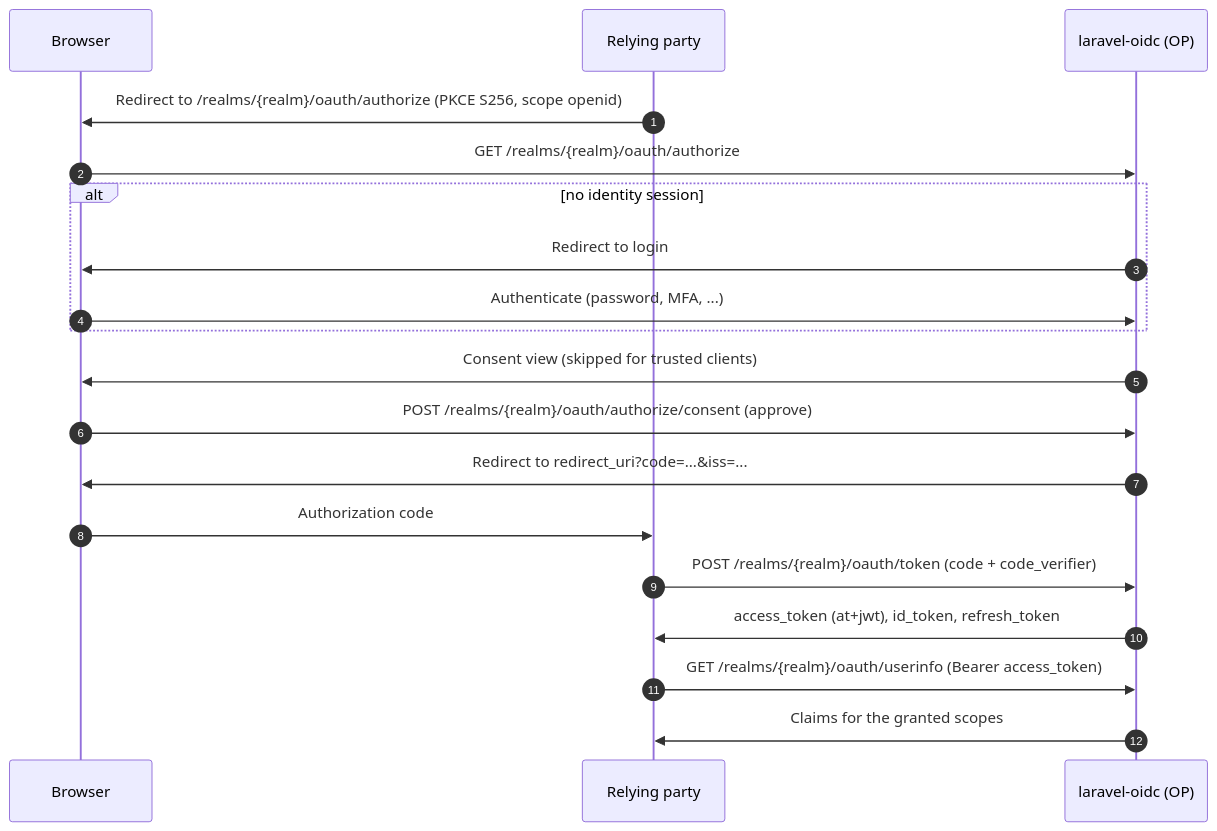
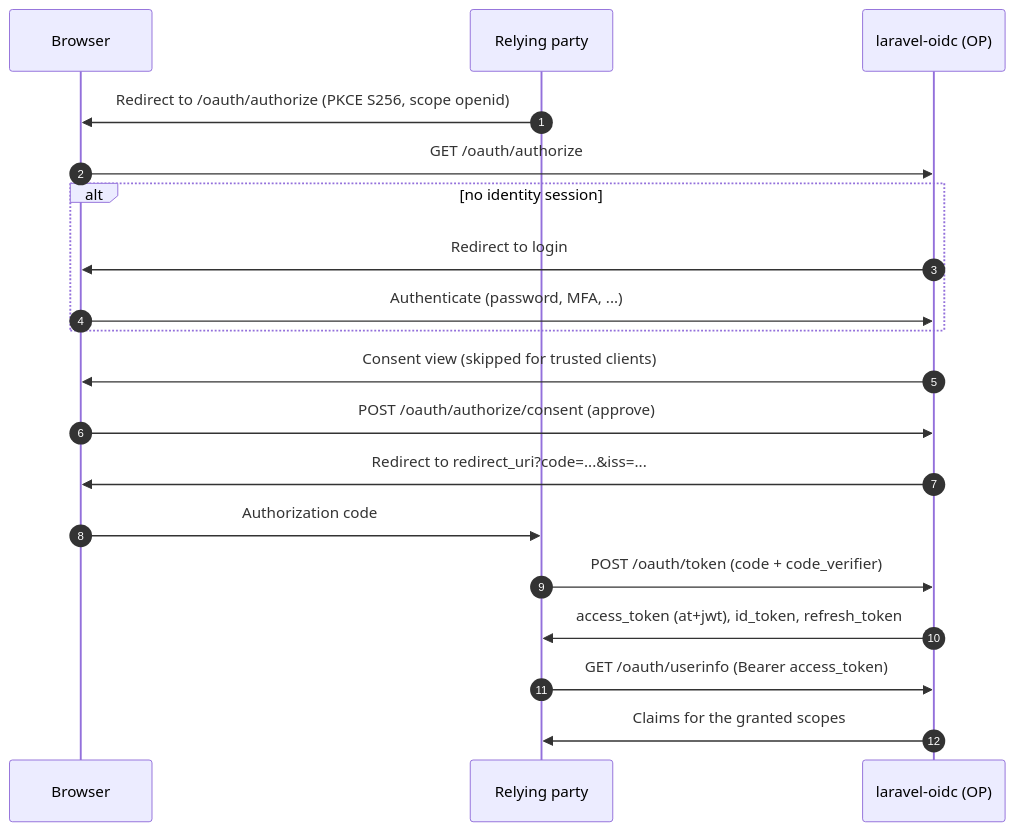
The diagram in docs/content/docs/provider/endpoints.md (bambamboole/laravel-oidc), drawn with Mermaid before and after one commit. The commit also changed other lines of this file and 69 other files, not shown here.

````diff
--- a/docs/content/docs/provider/endpoints.md
+++ b/docs/content/docs/provider/endpoints.md
@@ -40,22 +41,22 @@
 ```mermaid
 sequenceDiagram
     autonumber
     participant B as Browser
     participant RP as Relying party
     participant OP as laravel-oidc (OP)
 
-    RP->>B: Redirect to /realms/{realm}/oauth/authorize (PKCE S256, scope openid)
-    B->>OP: GET /realms/{realm}/oauth/authorize
+    RP->>B: Redirect to /oauth/authorize (PKCE S256, scope openid)
+    B->>OP: GET /oauth/authorize
     alt no identity session
         OP->>B: Redirect to login
         B->>OP: Authenticate (password, MFA, ...)
     end
     OP->>B: Consent view (skipped for trusted clients)
-    B->>OP: POST /realms/{realm}/oauth/authorize/consent (approve)
+    B->>OP: POST /oauth/authorize/consent (approve)
     OP->>B: Redirect to redirect_uri?code=...&iss=...
     B->>RP: Authorization code
-    RP->>OP: POST /realms/{realm}/oauth/token (code + code_verifier)
+    RP->>OP: POST /oauth/token (code + code_verifier)
     OP->>RP: access_token (at+jwt), id_token, refresh_token
-    RP->>OP: GET /realms/{realm}/oauth/userinfo (Bearer access_token)
+    RP->>OP: GET /oauth/userinfo (Bearer access_token)
     OP->>RP: Claims for the granted scopes
 ```
````
